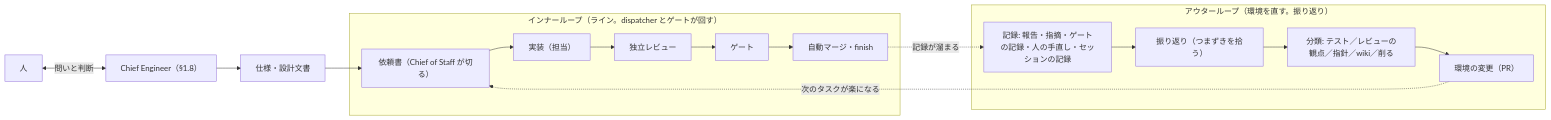
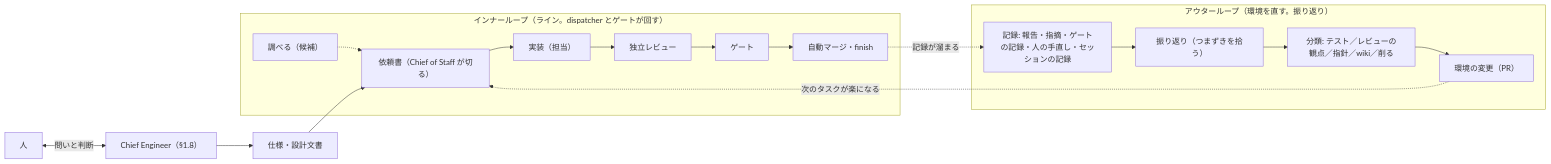
The first of 3 diagrams in docs/design.md (mitaku/andon), drawn with Mermaid before and after one commit. The commit also changed other lines of this file and 4 other files, not shown here.

````diff
--- a/docs/design.md
+++ b/docs/design.md
@@ -108,14 +108,15 @@
 ```mermaid
 flowchart LR
   H["人"] <-- "問いと判断" --> CE["Chief Engineer（§1.8）"]
   CE --> DOC["仕様・設計文書"]
   subgraph INNER["インナーループ（ライン。dispatcher とゲートが回す）"]
+    S["調べる（候補）"] -.-> B
     B["依頼書（Chief of Staff が切る）"] --> I["実装（担当）"] --> R["独立レビュー"] --> G["ゲート"] --> M["自動マージ・finish"]
   end
   DOC --> B
   subgraph OUTER["アウターループ（環境を直す。振り返り）"]
     REC["記録: 報告・指摘・ゲートの記録・人の手直し・セッションの記録"] --> RT["振り返り（つまずきを拾う）"] --> CL["分類: テスト／レビューの観点／指針／wiki／削る"] --> ENV["環境の変更（PR）"]
   end
   M -. "記録が溜まる" .-> REC
   ENV -. "次のタスクが楽になる" .-> B
 ```
````
